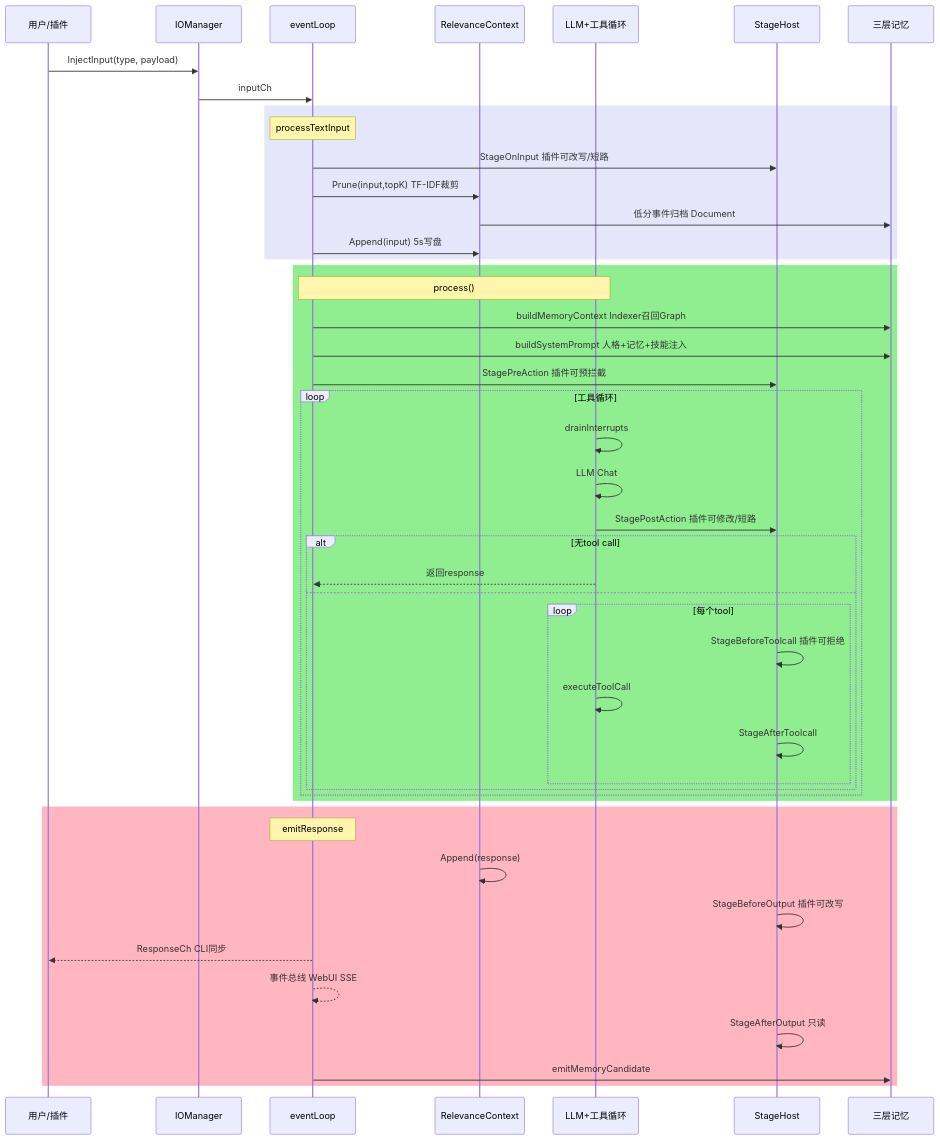
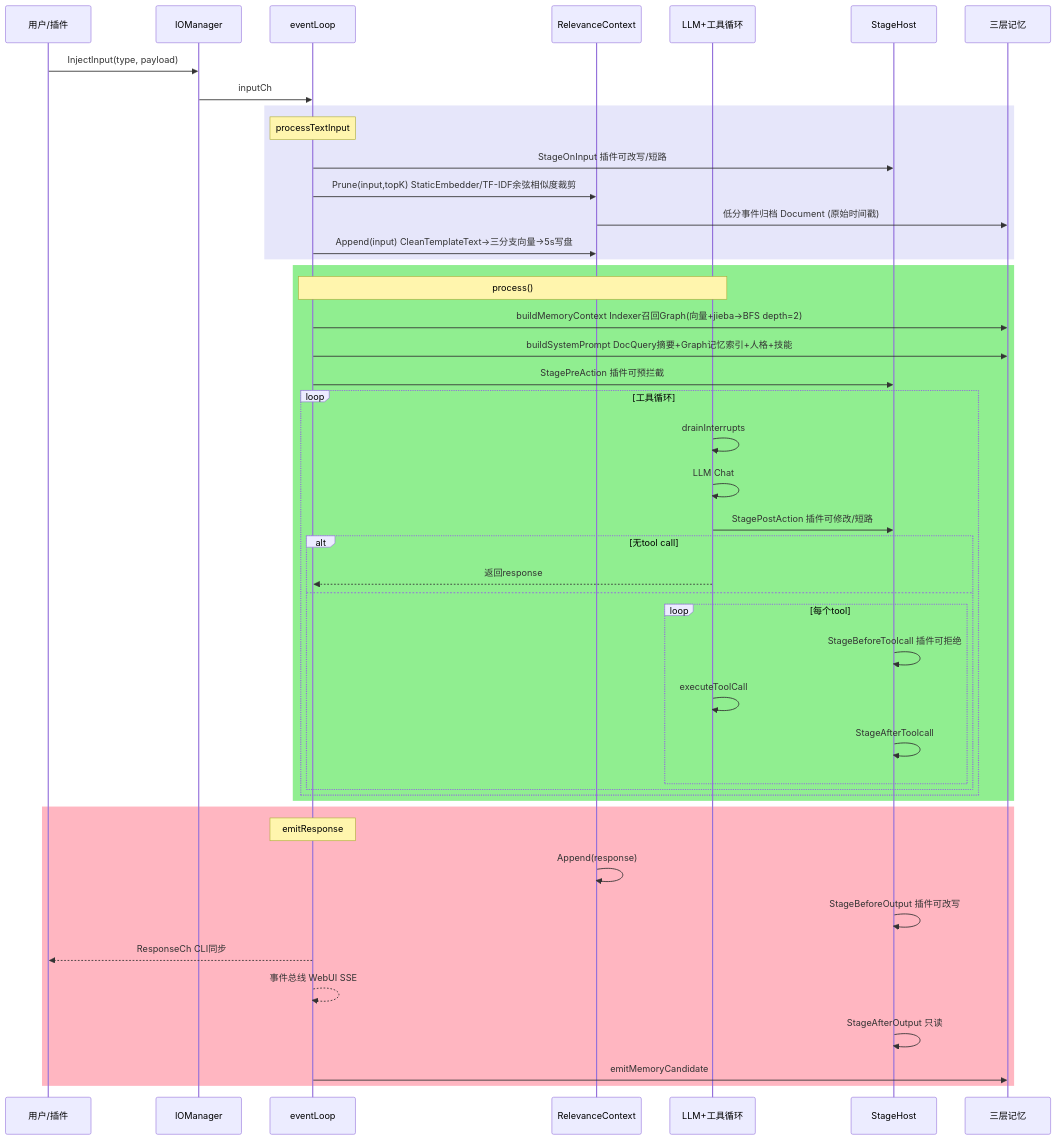
One commit to JianFeeeee/HomeAgent changed the first of 3 diagrams in README.md. Above: the diagram before and after it, drawn with Mermaid. The commit also changed other lines of this file and 5 other files, not shown here.

Commit message:
docs: update sequence diagram, memory flow, vectorization strategy for StaticEmbedder + CleanTemplateText + three-branch vector

````diff
--- a/README.md
+++ b/README.md
@@ -28,49 +28,49 @@
 ```mermaid
 sequenceDiagram
     participant U as 用户/插件
     participant IO as IOManager
     participant EV as eventLoop
     participant CTX as RelevanceContext
     participant LLM as LLM+工具循环
     participant ST as StageHost
     participant MEM as 三层记忆
 
     U->>IO: InjectInput(type, payload)
     IO->>EV: inputCh
     rect lavender
         Note over EV: processTextInput
         EV->>ST: StageOnInput  插件可改写/短路
-        EV->>CTX: Prune(input,topK)  TF-IDF裁剪
-        CTX->>MEM: 低分事件归档 Document
-        EV->>CTX: Append(input)  5s写盘
+        EV->>CTX: Prune(input,topK)  StaticEmbedder/TF-IDF余弦相似度裁剪
+        CTX->>MEM: 低分事件归档 Document (原始时间戳)
+        EV->>CTX: Append(input)  CleanTemplateText→三分支向量→5s写盘
     end
     rect lightgreen
         Note over EV,LLM: process()
-        EV->>MEM: buildMemoryContext  Indexer召回Graph
-        EV->>MEM: buildSystemPrompt  人格+记忆+技能注入
+        EV->>MEM: buildMemoryContext  Indexer召回Graph(向量+jieba→BFS depth=2)
+        EV->>MEM: buildSystemPrompt  DocQuery摘要+Graph记忆索引+人格+技能
         EV->>ST: StagePreAction  插件可预拦截
         loop 工具循环
             LLM->>LLM: drainInterrupts
             LLM->>LLM: LLM Chat
             LLM->>ST: StagePostAction  插件可修改/短路
             alt 无tool call
                 LLM-->>EV: 返回response
             else
                 loop 每个tool
                     ST->>ST: StageBeforeToolcall  插件可拒绝
                     LLM->>LLM: executeToolCall
                     ST->>ST: StageAfterToolcall
                 end
             end
         end
     end
     rect lightpink
         Note over EV: emitResponse
         CTX->>CTX: Append(response)
         ST->>ST: StageBeforeOutput  插件可改写
         EV-->>U: ResponseCh CLI同步
         EV-->>EV: 事件总线 WebUI SSE
         ST->>ST: StageAfterOutput  只读
         EV->>MEM: emitMemoryCandidate
     end
 ```
````
